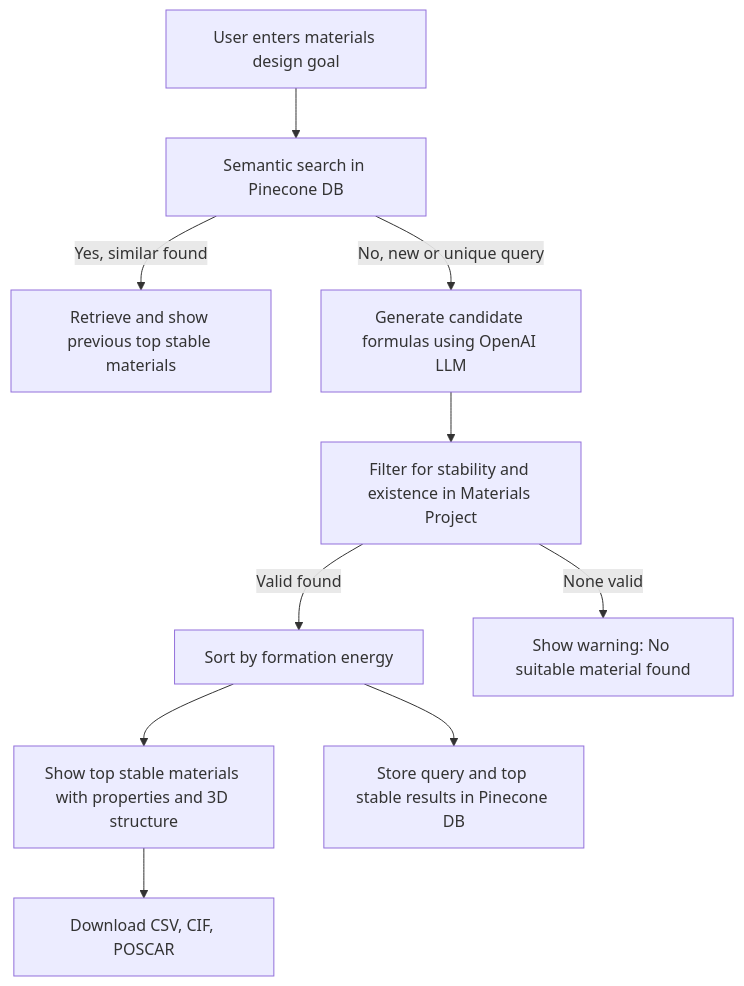
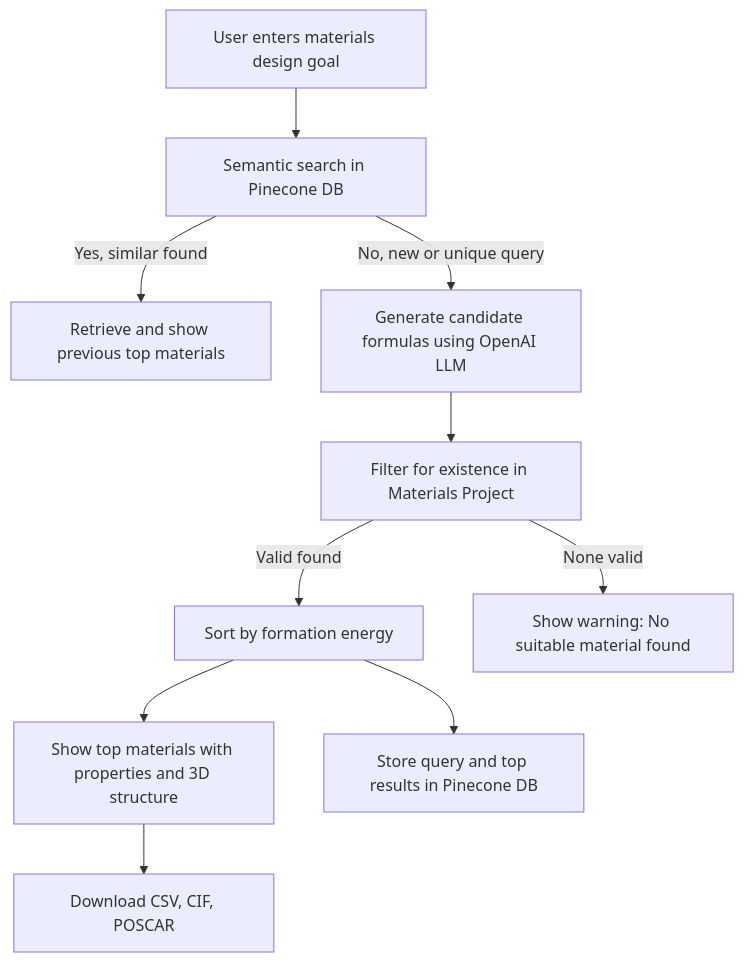
One commit to sinhapriyanshu200/materials-predictAI changed the diagram in README.md. Above: the diagram before and after it, drawn with Mermaid. The commit also changed other lines of this file, not shown here.

````diff
--- a/README.md
+++ b/README.md
@@ -29,23 +33,23 @@
 ```mermaid
 flowchart TD
-    A[ User enters materials design goal ]
-    B[Semantic search in Pinecone DB]
-    C[Retrieve and show previous top stable materials]
-    D[Generate candidate formulas using OpenAI LLM]
-    E[Filter for stability and existence in Materials Project]
-    F[Sort by formation energy]
-    G[Show top stable materials with properties and 3D structure]
-    H[Download CSV, CIF, POSCAR]
-    I[Show warning: No suitable material found]
-    J[Store query and top stable results in Pinecone DB]
+   A[User enters materials design goal]
+   B[Semantic search in Pinecone DB]
+   C[Retrieve and show previous top materials]
+   D[Generate candidate formulas using OpenAI LLM]
+   E[Filter for existence in Materials Project]
+   F[Sort by formation energy]
+   G[Show top materials with properties and 3D structure]
+   H[Download CSV, CIF, POSCAR]
+   I[Show warning: No suitable material found]
+   J[Store query and top results in Pinecone DB]
 
-    A --> B
-    B -- Yes, similar found --> C
-    B -- No, new or unique query --> D
-    D --> E
-    E -- Valid found --> F
-    F --> G
-    G --> H
-    F --> J
-    E -- None valid --> I
+   A --> B
+   B -- Yes, similar found --> C
+   B -- No, new or unique query --> D
+   D --> E
+   E -- Valid found --> F
+   F --> G
+   G --> H
+   F --> J
+   E -- None valid --> I
 ```
````
